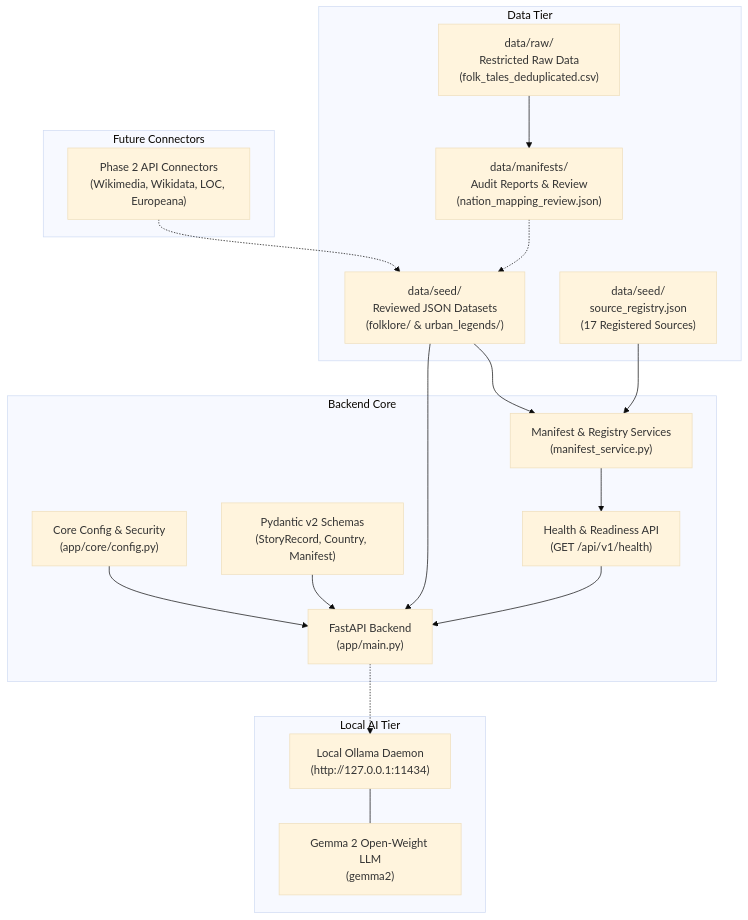
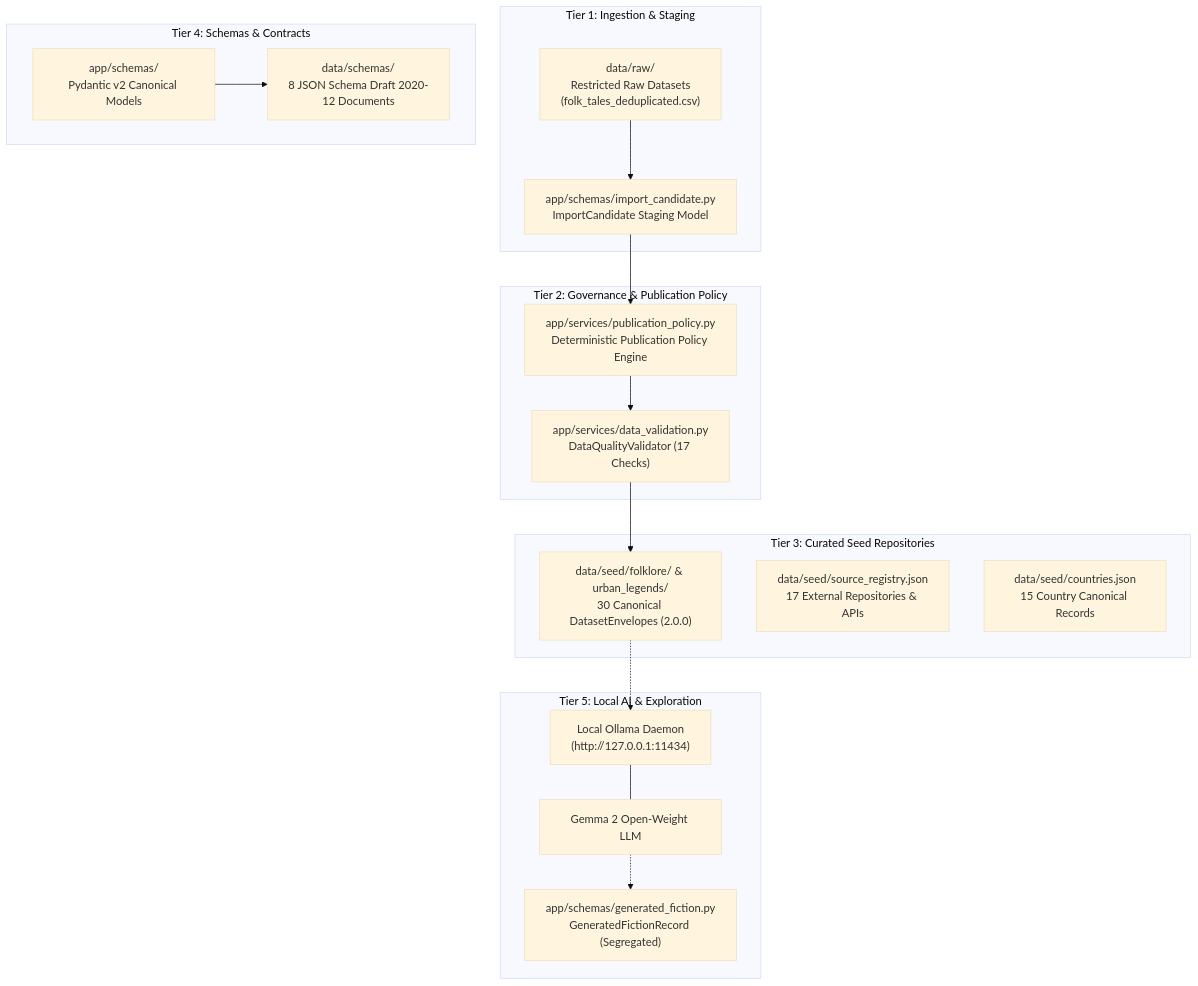
One commit to AnshMeshram/KathaYantra changed the first of 2 diagrams in docs/architecture.md. Above: the diagram before and after it, drawn with Mermaid (base theme). The commit also changed other lines of this file and 69 other files, not shown here.

Commit message:
feat: KathaYantra Phase 2 - strict data schemas, JSON contracts, validation, and data governance

````diff
--- a/docs/architecture.md
+++ b/docs/architecture.md
@@ -14,39 +14,37 @@
 ```mermaid
 flowchart TD
-    subgraph Data Tier
-        RAW["data/raw/<br>Restricted Raw Data<br>(folk_tales_deduplicated.csv)"]
-        AUDIT["data/manifests/<br>Audit Reports & Review<br>(nation_mapping_review.json)"]
-        SEED["data/seed/<br>Reviewed JSON Datasets<br>(folklore/ & urban_legends/)"]
-        REGISTRY["data/seed/<br>source_registry.json<br>(17 Registered Sources)"]
+    subgraph Tier 1: Ingestion & Staging
+        RAW["data/raw/<br>Restricted Raw Datasets<br>(folk_tales_deduplicated.csv)"]
+        CANDIDATES["app/schemas/import_candidate.py<br>ImportCandidate Staging Model"]
+        RAW --> CANDIDATES
     end
 
-    subgraph Backend Core
-        FASTAPI["FastAPI Backend<br>(app/main.py)"]
-        CONFIG["Core Config & Security<br>(app/core/config.py)"]
-        SCHEMAS["Pydantic v2 Schemas<br>(StoryRecord, Country, Manifest)"]
-        SERVICES["Manifest & Registry Services<br>(manifest_service.py)"]
-        HEALTH["Health & Readiness API<br>(GET /api/v1/health)"]
+    subgraph Tier 2: Governance & Publication Policy
+        POLICY["app/services/publication_policy.py<br>Deterministic Publication Policy Engine"]
+        VALIDATOR["app/services/data_validation.py<br>DataQualityValidator (17 Checks)"]
+        CANDIDATES --> POLICY
+        POLICY --> VALIDATOR
     end
 
-    subgraph Future Connectors
-        API_CONNECTORS["Phase 2 API Connectors<br>(Wikimedia, Wikidata, LOC, Europeana)"]
+    subgraph Tier 3: Curated Seed Repositories
+        SEED["data/seed/folklore/ & urban_legends/<br>30 Canonical DatasetEnvelopes (2.0.0)"]
+        REGISTRY["data/seed/source_registry.json<br>17 External Repositories & APIs"]
+        COUNTRIES["data/seed/countries.json<br>15 Country Canonical Records"]
+        VALIDATOR --> SEED
     end
 
-    subgraph Local AI Tier
-        OLLAMA["Local Ollama Daemon<br>(http://127.0.0.1:11434)"]
-        GEMMA["Gemma 2 Open-Weight LLM<br>(gemma2)"]
+    subgraph Tier 4: Schemas & Contracts
+        PYDANTIC["app/schemas/<br>Pydantic v2 Canonical Models"]
+        EXPORTS["data/schemas/<br>8 JSON Schema Draft 2020-12 Documents"]
+        PYDANTIC --> EXPORTS
     end
 
-    RAW --> AUDIT
-    AUDIT -.-> SEED
-    SEED --> SERVICES
-    REGISTRY --> SERVICES
-    CONFIG --> FASTAPI
-    SCHEMAS --> FASTAPI
-    SERVICES --> HEALTH
-    HEALTH --> FASTAPI
-    API_CONNECTORS -.-> SEED
-    SEED --> FASTAPI
-    FASTAPI -.-> OLLAMA
-    OLLAMA --- GEMMA
+    subgraph Tier 5: Local AI & Exploration
+        OLLAMA["Local Ollama Daemon<br>(http://127.0.0.1:11434)"]
+        GEMMA["Gemma 2 Open-Weight LLM"]
+        FICTION["app/schemas/generated_fiction.py<br>GeneratedFictionRecord (Segregated)"]
+        SEED -.-> OLLAMA
+        OLLAMA --- GEMMA
+        GEMMA -.-> FICTION
+    end
 ```
````
